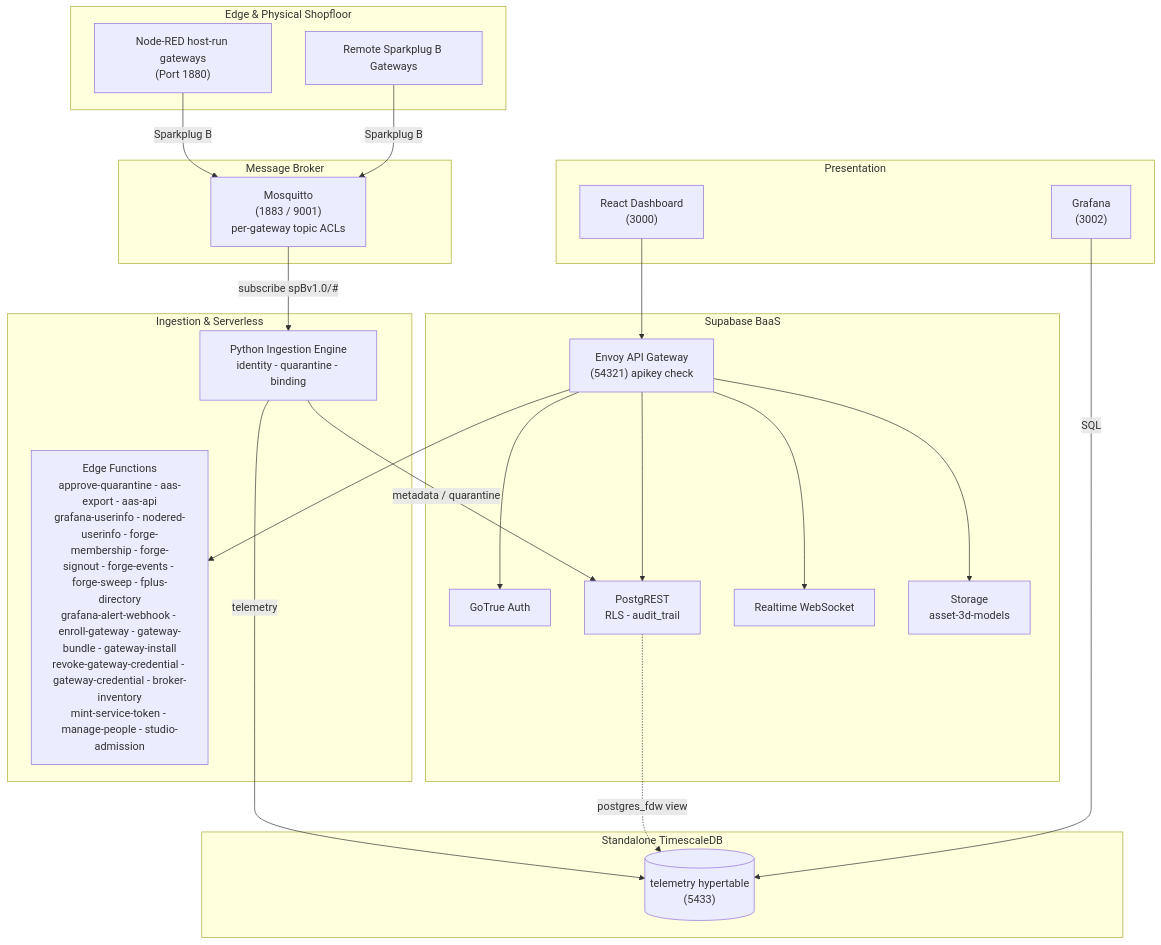
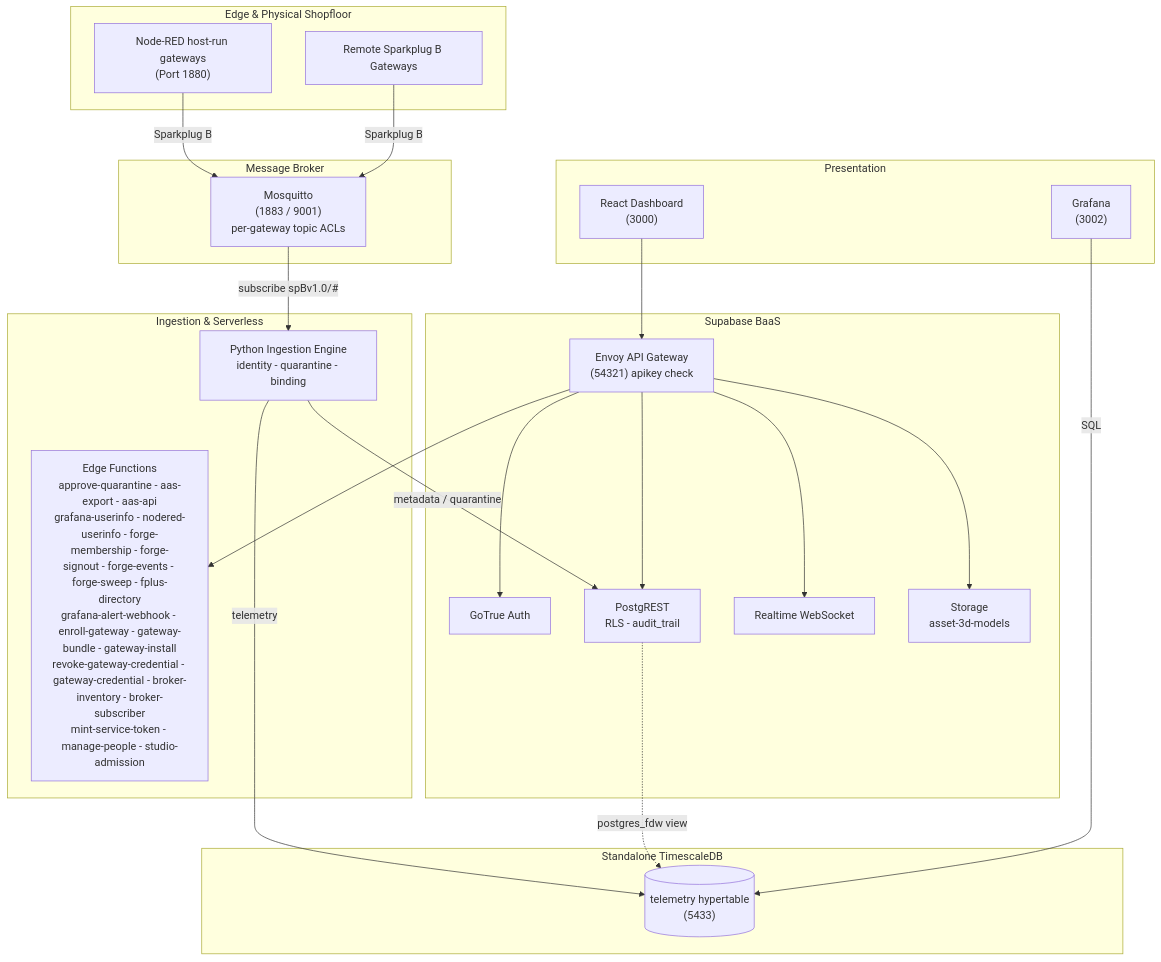
One commit to Harri-Llewelyn/Aber changed the diagram in docs/architecture.md. Above: the diagram before and after it, drawn with Mermaid. The commit also changed other lines of this file and 8 other files, not shown here.

First line of the commit message:
broker-subscriber creates and deletes a read-only broker account for an Administrator

````diff
--- a/docs/architecture.md
+++ b/docs/architecture.md
@@ -26,47 +26,47 @@
 ```mermaid
 flowchart TB
     subgraph Edge ["Edge & Physical Shopfloor"]
         NR["Node-RED host-run gateways<br/>(Port 1880)"]
         DEV["Remote Sparkplug B Gateways"]
     end
 
     subgraph Messaging ["Message Broker"]
         MQTT["Mosquitto<br/>(1883 / 9001)<br/>per-gateway topic ACLs"]
     end
 
     subgraph Processing ["Ingestion & Serverless"]
         ING["Python Ingestion Engine<br/>identity - quarantine - binding"]
-        EF["Edge Functions<br/>approve-quarantine - aas-export - aas-api<br/>grafana-userinfo - nodered-userinfo - forge-membership - forge-signout - forge-events - forge-sweep - fplus-directory<br/>grafana-alert-webhook - enroll-gateway - gateway-bundle - gateway-install<br/>revoke-gateway-credential - gateway-credential - broker-inventory<br/>mint-service-token - manage-people - studio-admission"]
+        EF["Edge Functions<br/>approve-quarantine - aas-export - aas-api<br/>grafana-userinfo - nodered-userinfo - forge-membership - forge-signout - forge-events - forge-sweep - fplus-directory<br/>grafana-alert-webhook - enroll-gateway - gateway-bundle - gateway-install<br/>revoke-gateway-credential - gateway-credential - broker-inventory - broker-subscriber<br/>mint-service-token - manage-people - studio-admission"]
     end
 
     subgraph Supabase ["Supabase BaaS"]
         GW["Envoy API Gateway<br/>(54321) apikey check"]
         AUTH["GoTrue Auth"]
         PGRST["PostgREST<br/>RLS - audit_trail"]
         RT["Realtime WebSocket"]
         STO["Storage<br/>asset-3d-models"]
     end
 
     subgraph TSDB ["Standalone TimescaleDB"]
         TS[("telemetry hypertable<br/>(5433)")]
     end
 
     subgraph UX ["Presentation"]
         UI["React Dashboard<br/>(3000)"]
         GRAF["Grafana<br/>(3002)"]
     end
 
     NR -->|Sparkplug B| MQTT
     DEV -->|Sparkplug B| MQTT
     MQTT -->|subscribe spBv1.0/#| ING
     ING -->|metadata / quarantine| PGRST
     ING -->|telemetry| TS
     UI --> GW
     GW --> AUTH
     GW --> PGRST
     GW --> RT
     GW --> STO
     GW --> EF
     PGRST -.->|postgres_fdw view| TS
     GRAF -->|SQL| TS
 ```
````
